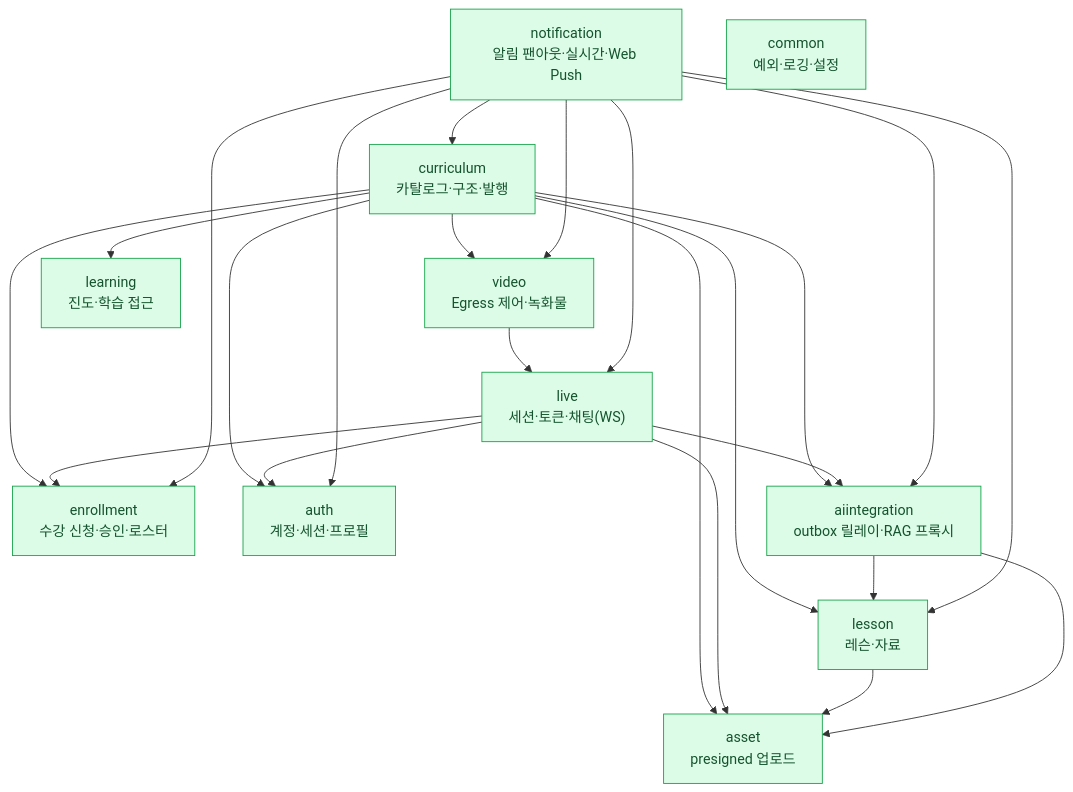
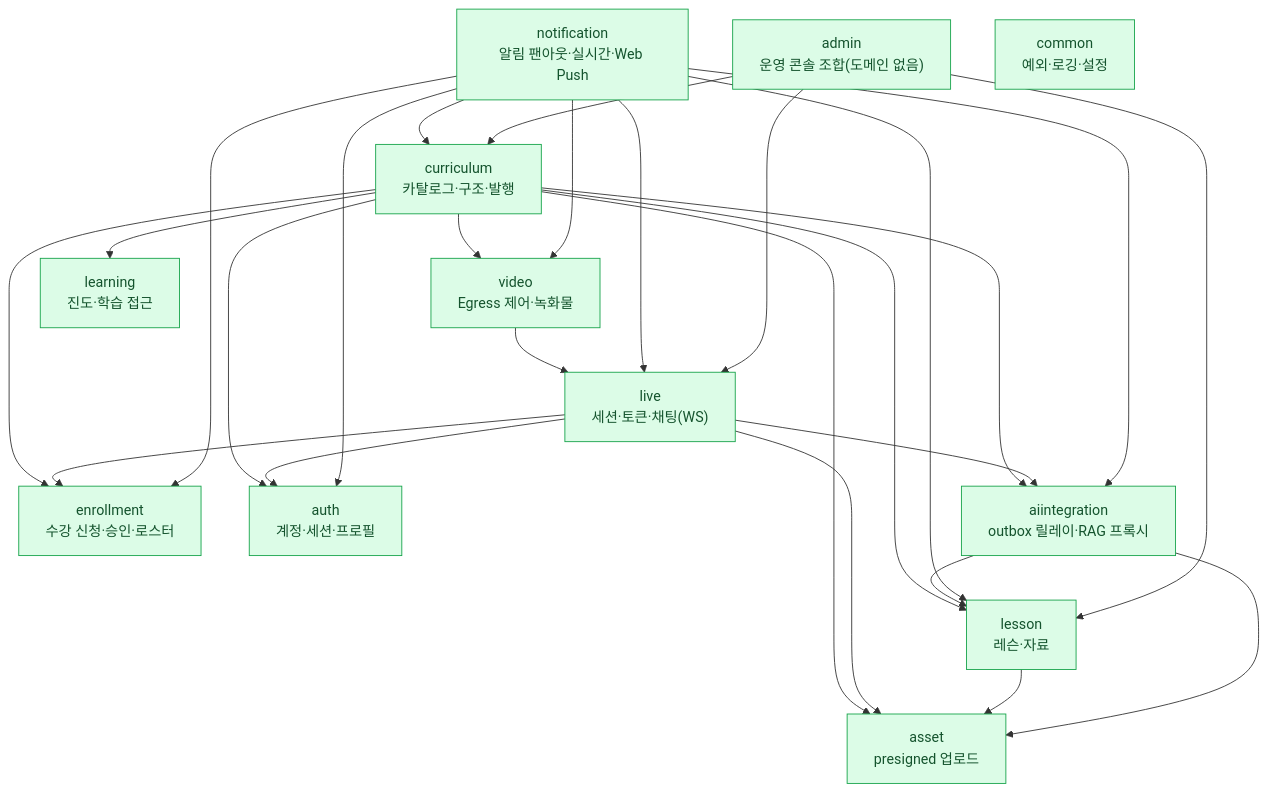
Before and after one commit to thdwjdrl401/jiphyeonjeon: the second of 8 diagrams in docs/ARCHITECTURE.md, drawn with Mermaid. The commit also changed other lines of this file and 11 other files, not shown here.

````diff
--- a/docs/ARCHITECTURE.md
+++ b/docs/ARCHITECTURE.md
@@ -133,42 +133,46 @@
 ```mermaid
 flowchart TB
   classDef built fill:#dcfce7,stroke:#16a34a,color:#14532d
   classDef stub fill:#f8fafc,stroke:#94a3b8,color:#475569,stroke-dasharray:4 3
 
   CUR["curriculum<br/>카탈로그·구조·발행"]
   ENR["enrollment<br/>수강 신청·승인·로스터"]
   LIV["live<br/>세션·토큰·채팅(WS)"]
   VID["video<br/>Egress 제어·녹화물"]
   LES["lesson<br/>레슨·자료"]
   AST["asset<br/>presigned 업로드"]
   AUTH["auth<br/>계정·세션·프로필"]
   LRN["learning<br/>진도·학습 접근"]
   AIX["aiintegration<br/>outbox 릴레이·RAG 프록시"]
   NOT["notification<br/>알림 팬아웃·실시간·Web Push"]
+  ADM["admin<br/>운영 콘솔 조합(도메인 없음)"]
   CMN["common<br/>예외·로깅·설정"]
 
   CUR --> LES
   CUR --> ENR
   CUR --> VID
   CUR --> AUTH
   CUR --> AST
   CUR --> LRN
   CUR --> AIX
   LIV --> ENR
   LIV --> AUTH
   LIV --> AIX
   LIV --> AST
   VID --> LIV
   LES --> AST
   AIX --> LES
   AIX --> AST
   NOT --> CUR
   NOT --> ENR
   NOT --> LES
   NOT --> LIV
   NOT --> VID
   NOT --> AUTH
   NOT --> AIX
+  ADM --> LIV
+  ADM --> LES
+  ADM --> CUR
 
-  class CUR,ENR,LIV,VID,LES,AST,AUTH,LRN,AIX,NOT,CMN built
+  class CUR,ENR,LIV,VID,LES,AST,AUTH,LRN,AIX,NOT,ADM,CMN built
 ```
````
